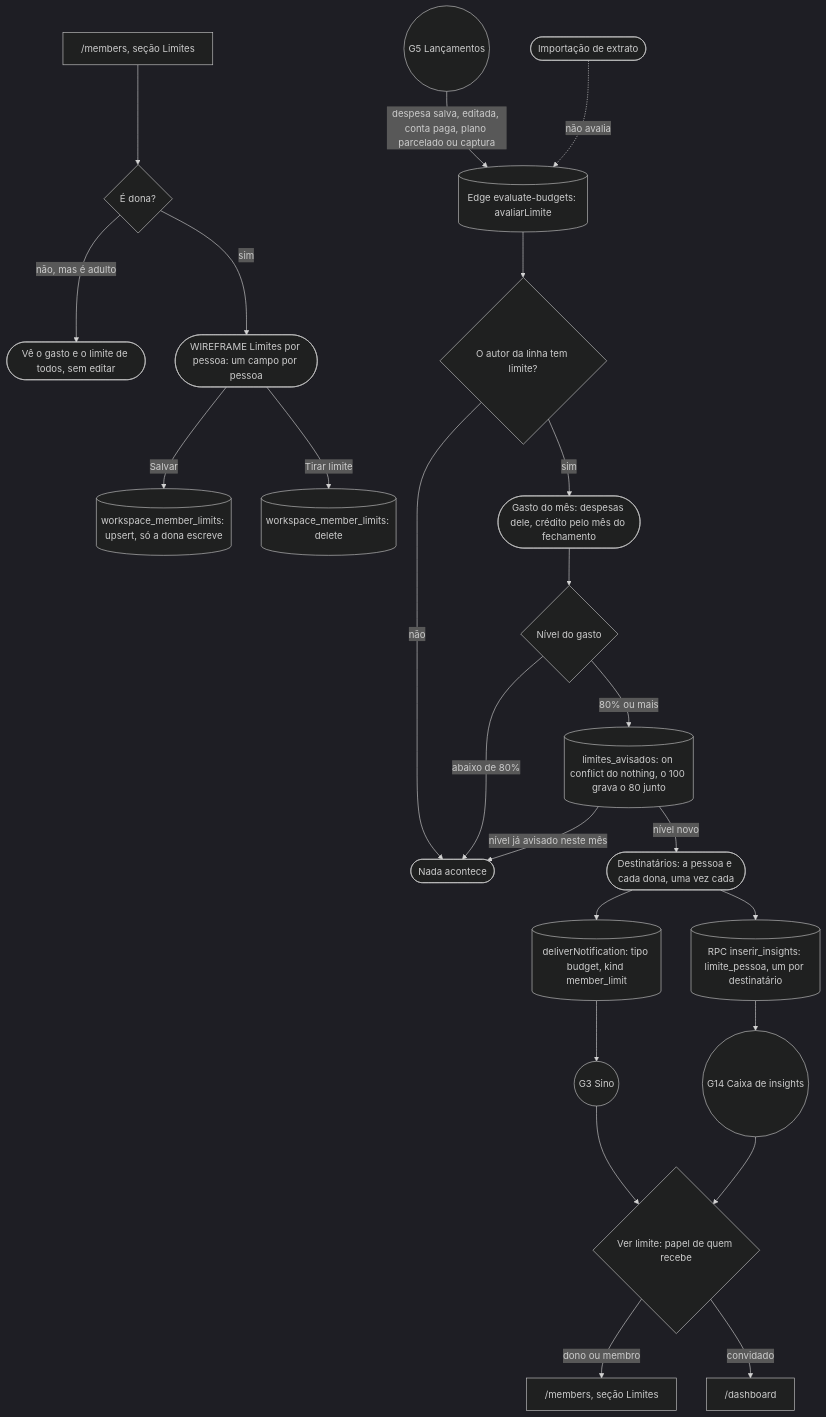
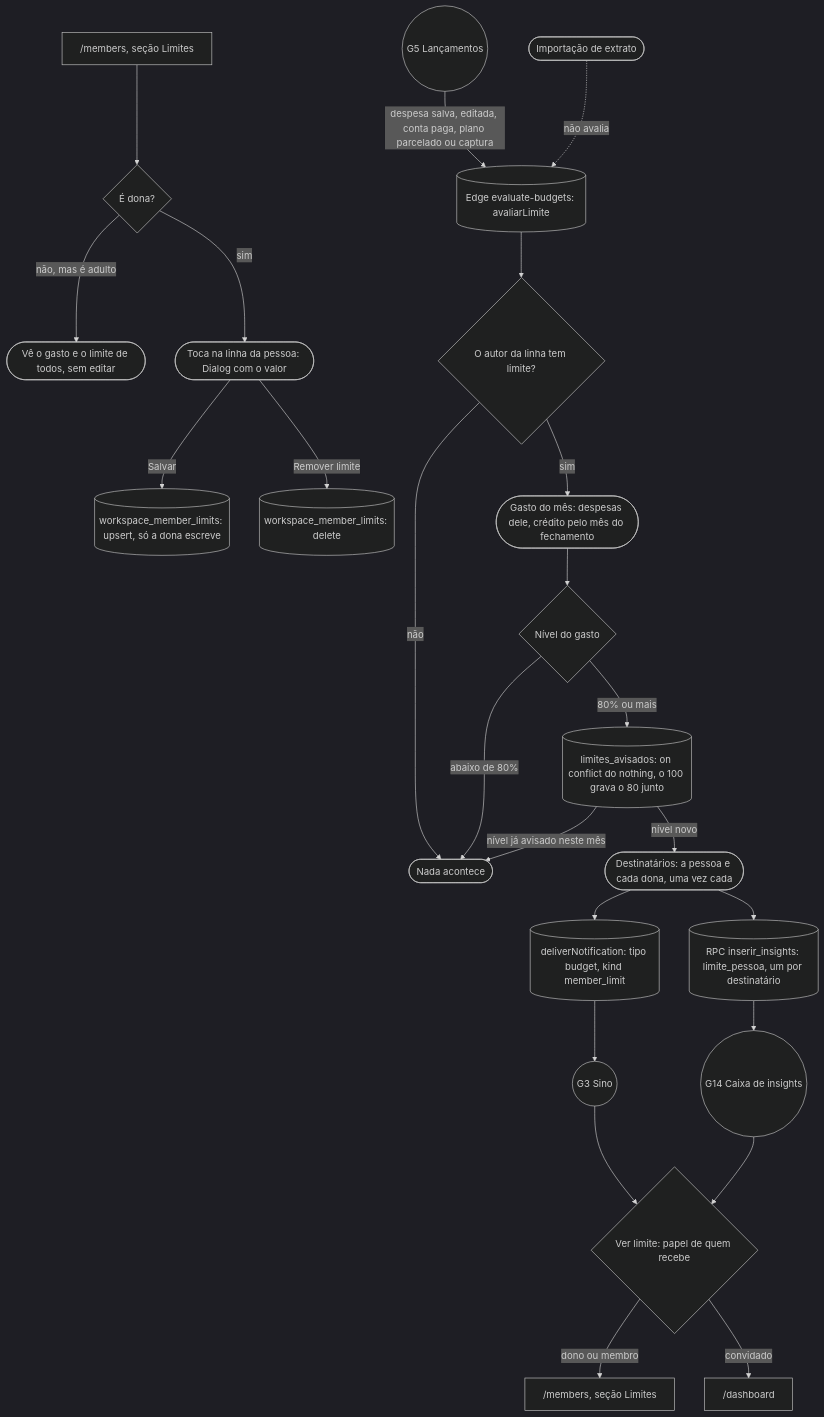
One commit to kauax2000/finance_app changed diagram 24 of 32 in docs/JORNADAS.md. Above: the diagram before and after it, drawn with Mermaid. The commit also changed other lines of this file and 2 other files, not shown here.

````diff
--- a/docs/JORNADAS.md
+++ b/docs/JORNADAS.md
@@ -1752,28 +1755,28 @@
 ```mermaid
 %%{init: {"theme": "dark"}}%%
 flowchart TD
     members["/members, seção Limites"] --> isOwner{"É dona?"}
     isOwner -->|"não, mas é adulto"| leitura(["Vê o gasto e o limite de todos, sem editar"])
-    isOwner -->|"sim"| formLim(["WIREFRAME Limites por pessoa: um campo por pessoa"])
+    isOwner -->|"sim"| formLim(["Toca na linha da pessoa: Dialog com o valor"])
     formLim -->|"Salvar"| grava[("workspace_member_limits: upsert, só a dona escreve")]
-    formLim -->|"Tirar limite"| tira[("workspace_member_limits: delete")]
+    formLim -->|"Remover limite"| tira[("workspace_member_limits: delete")]
 
     G5(("G5 Lançamentos")) -->|"despesa salva, editada, conta paga, plano parcelado ou captura"| avalia[("Edge evaluate-budgets: avaliarLimite")]
     imp(["Importação de extrato"]) -.->|"não avalia"| avalia
     avalia --> temLim{"O autor da linha tem limite?"}
     temLim -->|"não"| nada(["Nada acontece"])
     temLim -->|"sim"| gasto(["Gasto do mês: despesas dele, crédito pelo mês do fechamento"])
     gasto --> nivel{"Nível do gasto"}
     nivel -->|"abaixo de 80%"| nada
     nivel -->|"80% ou mais"| reivindica[("limites_avisados: on conflict do nothing, o 100 grava o 80 junto")]
     reivindica -->|"nível já avisado neste mês"| nada
     reivindica -->|"nível novo"| quem(["Destinatários: a pessoa e cada dona, uma vez cada"])
     quem --> insight[("RPC inserir_insights: limite_pessoa, um por destinatário")]
     quem --> notif[("deliverNotification: tipo budget, kind member_limit")]
     insight --> caixa(("G14 Caixa de insights"))
     notif --> sino(("G3 Sino"))
     sino --> destino{"Ver limite: papel de quem recebe"}
     caixa --> destino
     destino -->|"dono ou membro"| lim["/members, seção Limites"]
     destino -->|"convidado"| dash["/dashboard"]
 ```
````
